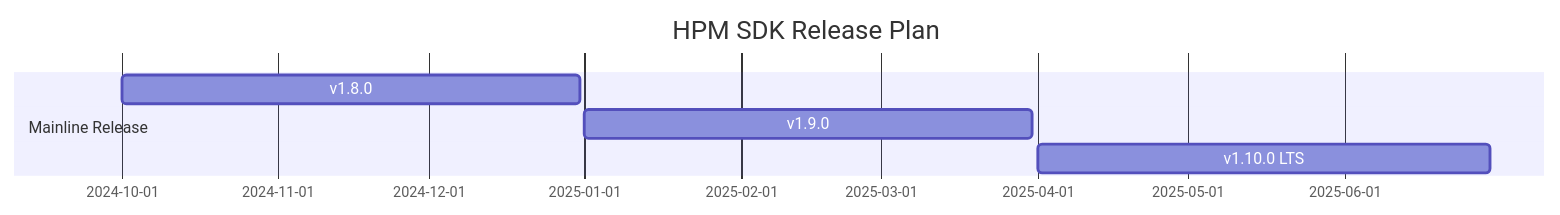
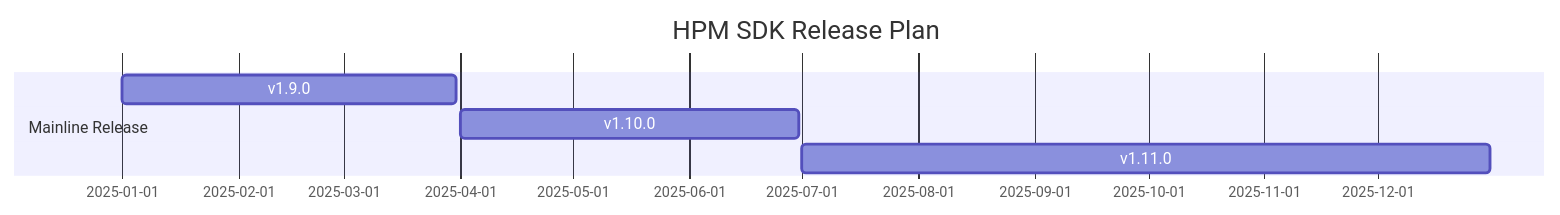
Before and after one commit to hpmicro/sdk_env: the diagram in hpm_sdk/README.md, drawn with Mermaid. The commit also changed 24771 other files, not shown here.

````diff
--- a/hpm_sdk/README.md
+++ b/hpm_sdk/README.md
@@ -1,9 +1,9 @@
 ``` mermaid
 gantt
     title HPM SDK Release Plan
     dateFormat  YYYY-MM-DD
     section Mainline Release
-    v1.8.0           :a1, 2024-10-01, 2024-12-31
-    v1.9.0           :a2, 2025-01-01, 2025-03-31
-    v1.10.0 LTS      :a3, 2025-04-01, 2025-06-30
+    v1.9.0           :a1, 2025-01-01, 2025-03-31
+    v1.10.0          :a2, 2025-04-01, 2025-06-30
+    v1.11.0          :a3, 2025-07-01, 2025-12-31
 ```
````
